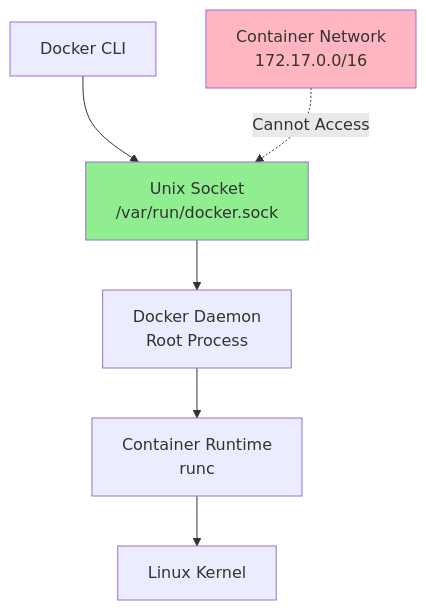
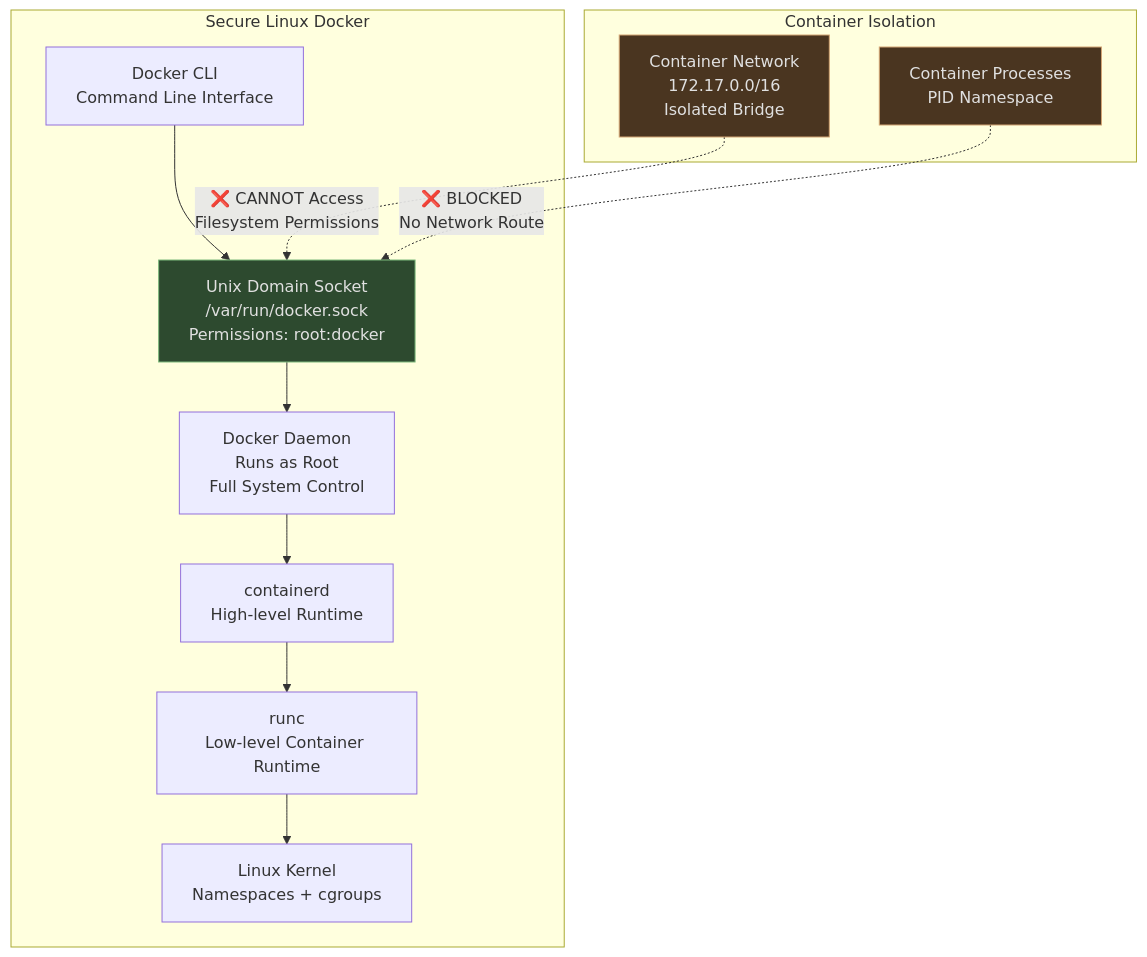
One commit to MindPatch/mindpatch.github.io changed the first of 4 diagrams in content/posts/docker-escape-ssrf.md. Above: the diagram before and after it, drawn with Mermaid. The commit also changed other lines of this file and 41 other files, not shown here.

````diff
--- a/content/posts/docker-escape-ssrf.md
+++ b/content/posts/docker-escape-ssrf.md
@@ -144,12 +144,22 @@
 ```mermaid
-graph TD
-    A[Docker CLI] --> B[Unix Socket<br/>/var/run/docker.sock]
-    B --> C[Docker Daemon<br/>Root Process]
-    C --> D[Container Runtime<br/>runc]
-    D --> E[Linux Kernel]
-    
-    F[Container Network<br/>172.17.0.0/16] -.->|Cannot Access| B
-    
-    style B fill:#90EE90
-    style F fill:#FFB6C1
+flowchart TB
+    subgraph "Secure Linux Docker"
+        A["Docker CLI<br/>Command Line Interface"] --> B["Unix Domain Socket<br/>/var/run/docker.sock<br/>Permissions: root:docker"]
+        B --> C["Docker Daemon<br/>Runs as Root<br/>Full System Control"]
+        C --> D["containerd<br/>High-level Runtime"]
+        D --> E["runc<br/>Low-level Container Runtime"]
+        E --> F["Linux Kernel<br/>Namespaces + cgroups"]
+    end
+
+    subgraph "Container Isolation"
+        G["Container Network<br/>172.17.0.0/16<br/>Isolated Bridge"]
+        H["Container Processes<br/>PID Namespace"]
+    end
+
+    G -.->|"❌ CANNOT Access<br/>Filesystem Permissions"| B
+    H -.->|"❌ BLOCKED<br/>No Network Route"| B
+
+    style B fill:#2d4a2f,stroke:#7cb97c,color:#e0e0e0
+    style G fill:#4a3520,stroke:#d4a574,color:#e0e0e0
+    style H fill:#4a3520,stroke:#d4a574,color:#e0e0e0
 ```
````
